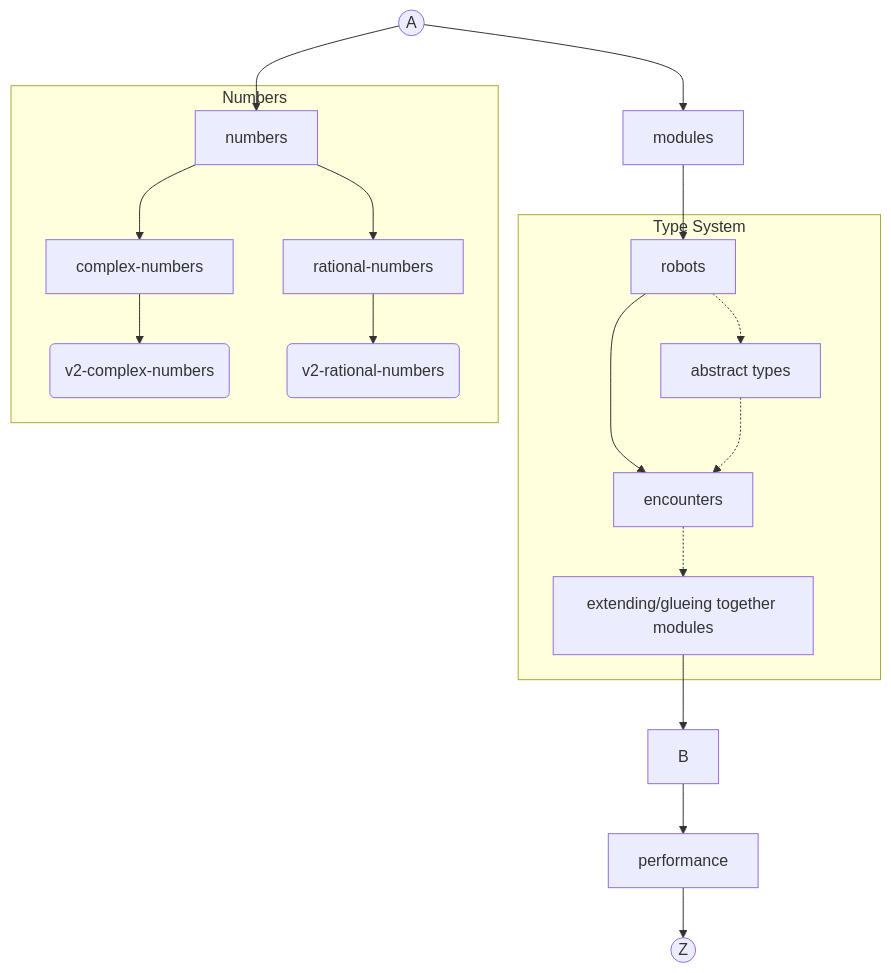
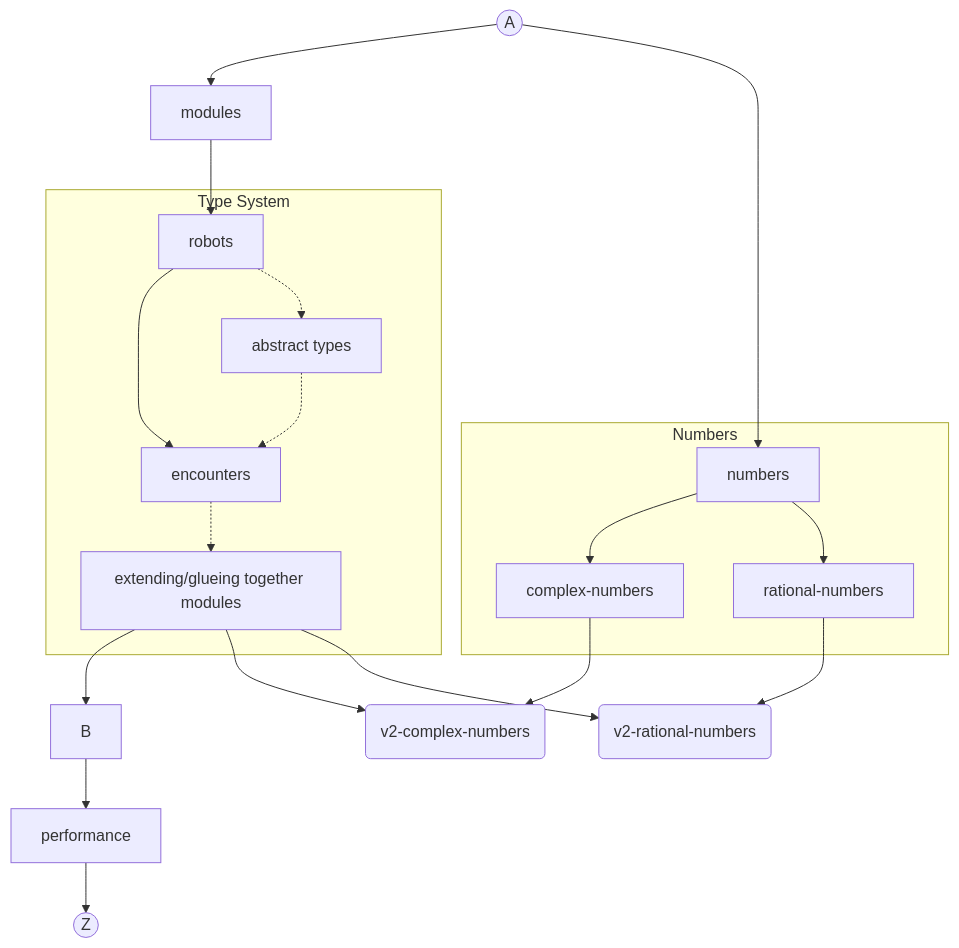
One commit to exercism/v3 changed the diagram in languages/julia/reference/progression.md. Above: the diagram before and after it, drawn with Mermaid.

Commit message:
Add requirement for numbers practice exercises

````diff
--- a/languages/julia/reference/progression.md
+++ b/languages/julia/reference/progression.md
@@ -5,25 +5,27 @@
 ```mermaid
 graph TD
 
 A((A)) --> modules
 
 modules --> robots
 subgraph Type System
 	robots --> encounters
 	robots -.-> abstract-types
 	abstract-types[abstract types] -.-> encounters
 	encounters -.-> extension[extending/glueing together modules]
 end
 extension --> B
 B --> performance
 performance --> Z((Z))
 
 A((A)) --> numbers
 subgraph Numbers
 	numbers --> complex-numbers
 	numbers --> rational-numbers
-	
-	complex-numbers --> v2-complex-numbers(v2-complex-numbers)
-	rational-numbers --> v2-rational-numbers(v2-rational-numbers)
 end
+
+complex-numbers --> v2-complex-numbers(v2-complex-numbers)
+rational-numbers --> v2-rational-numbers(v2-rational-numbers)
+extension --> v2-complex-numbers
+extension --> v2-rational-numbers
 ```
````
